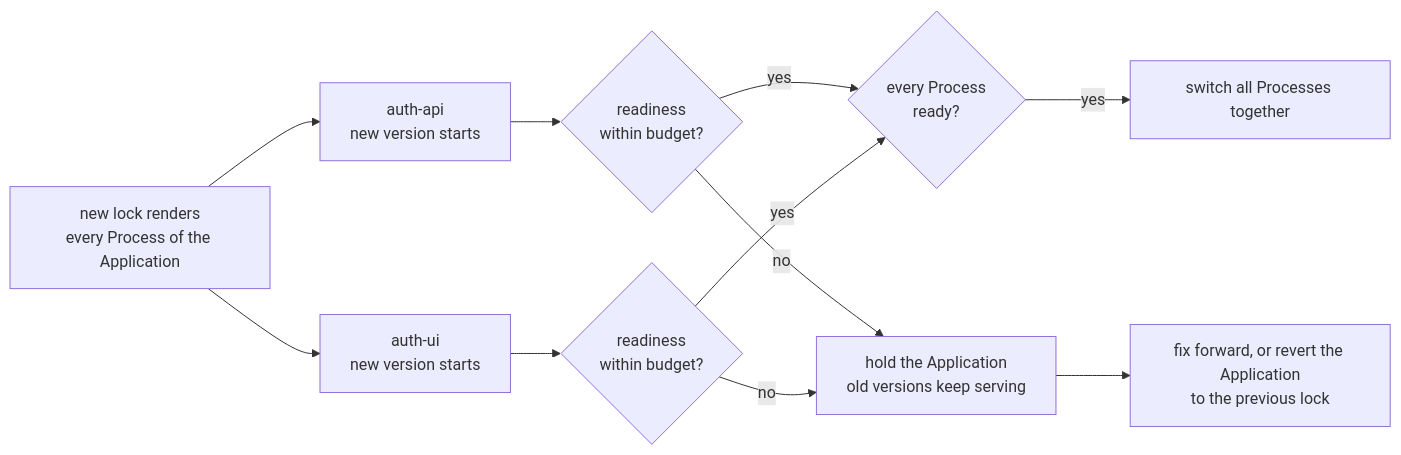
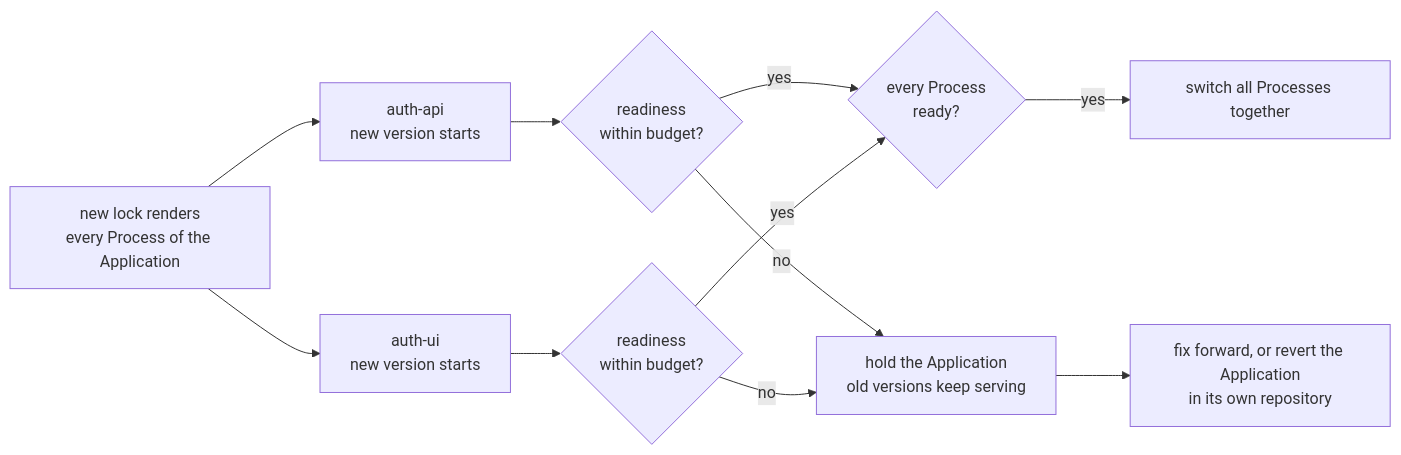
Before and after one commit to JorisJonkers-dev/deploy-kit: the first of 2 diagrams in spec/v1/50-lifecycle.md, drawn with Mermaid. The commit also changed other lines of this file and 34 other files, not shown here.

````diff
--- a/spec/v1/50-lifecycle.md
+++ b/spec/v1/50-lifecycle.md
@@ -265,13 +268,13 @@
 ```mermaid
 flowchart LR
     N["new lock renders<br/>every Process of the Application"] --> A1["auth-api<br/>new version starts"]
     N --> A2["auth-ui<br/>new version starts"]
     A1 --> P1{"readiness<br/>within budget?"}
     A2 --> P2{"readiness<br/>within budget?"}
     P1 -->|yes| K{"every Process<br/>ready?"}
     P2 -->|yes| K
     P1 -->|no| H["hold the Application<br/>old versions keep serving"]
     P2 -->|no| H
     K -->|yes| SW["switch all Processes together"]
-    H --> RB["fix forward, or revert the Application<br/>to the previous lock"]
+    H --> RB["fix forward, or revert the Application<br/>in its own repository"]
 ```
````
